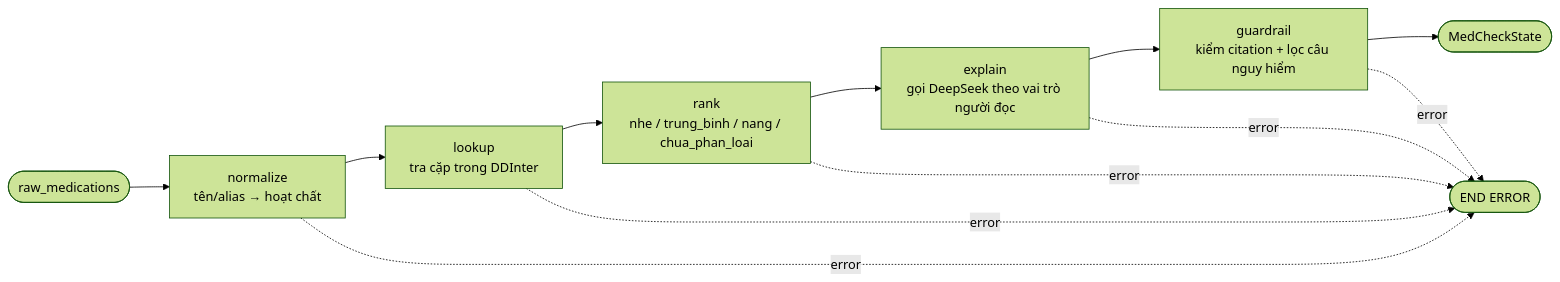
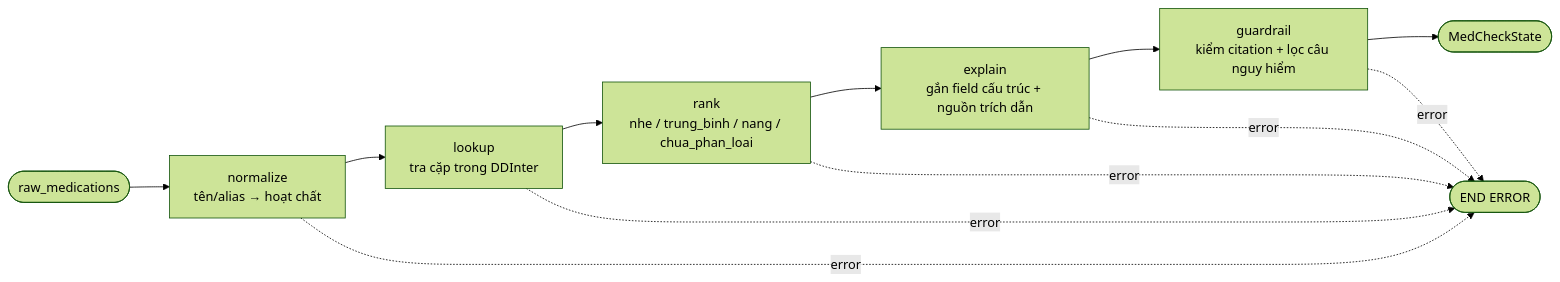
The second of 3 diagrams in docs/architecture.md (HoangToan-nobi/AI-assisted-medication-use), drawn with Mermaid (forest theme) before and after one commit. The commit also changed other lines of this file and 1 other file, not shown here.

````diff
--- a/docs/architecture.md
+++ b/docs/architecture.md
@@ -81,14 +85,14 @@
 ```mermaid
 flowchart LR
     START(["raw_medications"]) --> N["normalize<br/>tên/alias → hoạt chất"]
     N --> L["lookup<br/>tra cặp trong DDInter"]
     L --> R["rank<br/>nhe / trung_binh / nang / chua_phan_loai"]
-    R --> E["explain<br/>gọi DeepSeek theo vai trò người đọc"]
+    R --> E["explain<br/>gắn field cấu trúc + nguồn trích dẫn"]
     E --> G["guardrail<br/>kiểm citation + lọc câu nguy hiểm"]
     G --> END(["MedCheckState"])
     N -. error .-> ERR(["END ERROR"])
     L -. error .-> ERR
     R -. error .-> ERR
     E -. error .-> ERR
     G -. error .-> ERR
 ```
````
